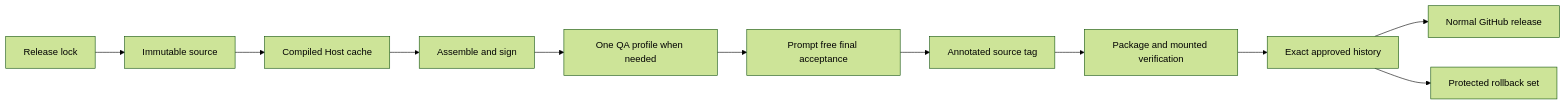
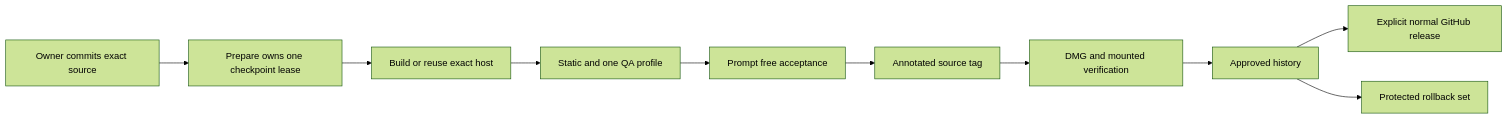
The diagram in wiki/architecture/release-trust-and-compatibility.md (alexwck/dbcode-wrapper), drawn with Mermaid (forest theme) before and after one commit. The commit also changed other lines of this file and 10 other files, not shown here.

````diff
--- a/wiki/architecture/release-trust-and-compatibility.md
+++ b/wiki/architecture/release-trust-and-compatibility.md
@@ -22,13 +22,12 @@
 ```mermaid
 flowchart LR
-  L[Release lock] --> S[Immutable source]
-  S --> C[Compiled Host cache]
-  C --> A[Assemble and sign]
-  A --> Q[One QA profile when needed]
-  Q --> F[Prompt free final acceptance]
-  F --> T[Annotated source tag]
-  T --> P[Package and mounted verification]
-  P --> H[Exact approved history]
-  H --> G[Normal GitHub release]
+  O[Owner commits exact source] --> P[Prepare owns one checkpoint lease]
+  P --> B[Build or reuse exact host]
+  B --> Q[Static and one QA profile]
+  Q --> A[Prompt free acceptance]
+  A --> T[Annotated source tag]
+  T --> D[DMG and mounted verification]
+  D --> H[Approved history]
+  H --> G[Explicit normal GitHub release]
   H --> R[Protected rollback set]
 ```
````
